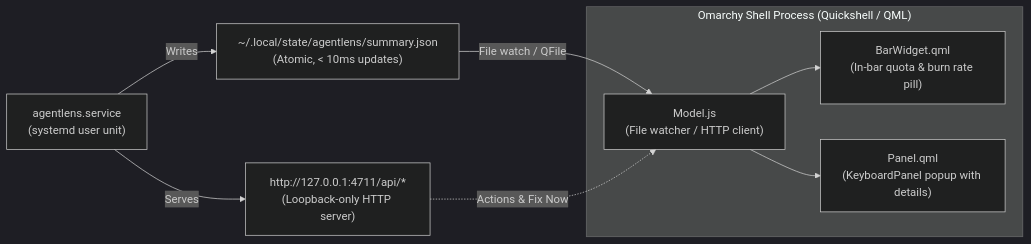
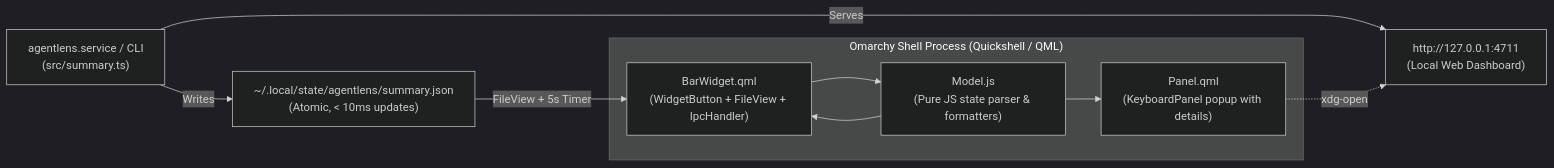
The diagram in OMARCHY_PLUGIN.md (SohailElskhawy/agentlens), drawn with Mermaid (dark theme) before and after one commit. The commit also changed other lines of this file and 5 other files, not shown here.

Commit message:
feat(omarchy): implement BarWidget.qml and Panel.qml for Omarchy Quattro

````diff
--- a/OMARCHY_PLUGIN.md
+++ b/OMARCHY_PLUGIN.md
@@ -29,19 +30,20 @@
 ```mermaid
 flowchart LR
-    Service["agentlens.service\n(systemd user unit)"]
+    Service["agentlens.service / CLI\n(src/summary.ts)"]
     SummaryFile["~/.local/state/agentlens/summary.json\n(Atomic, < 10ms updates)"]
-    LocalAPI["http://127.0.0.1:4711/api/*\n(Loopback-only HTTP server)"]
+    LocalAPI["http://127.0.0.1:4711\n(Local Web Dashboard)"]
 
     subgraph OmarchyShell["Omarchy Shell Process (Quickshell / QML)"]
-        BarWidget["BarWidget.qml\n(In-bar quota & burn rate pill)"]
+        BarWidget["BarWidget.qml\n(WidgetButton + FileView + IpcHandler)"]
         Panel["Panel.qml\n(KeyboardPanel popup with details)"]
-        Model["Model.js\n(File watcher / HTTP client)"]
+        Model["Model.js\n(Pure JS state parser & formatters)"]
     end
 
     Service -->|Writes| SummaryFile
     Service -->|Serves| LocalAPI
-    SummaryFile -->|File watch / QFile| Model
-    LocalAPI -.->|Actions & Fix Now| Model
+    SummaryFile -->|FileView + 5s Timer| BarWidget
+    BarWidget --> Model
     Model --> BarWidget
     Model --> Panel
+    Panel -.->|xdg-open| LocalAPI
 ```
````
